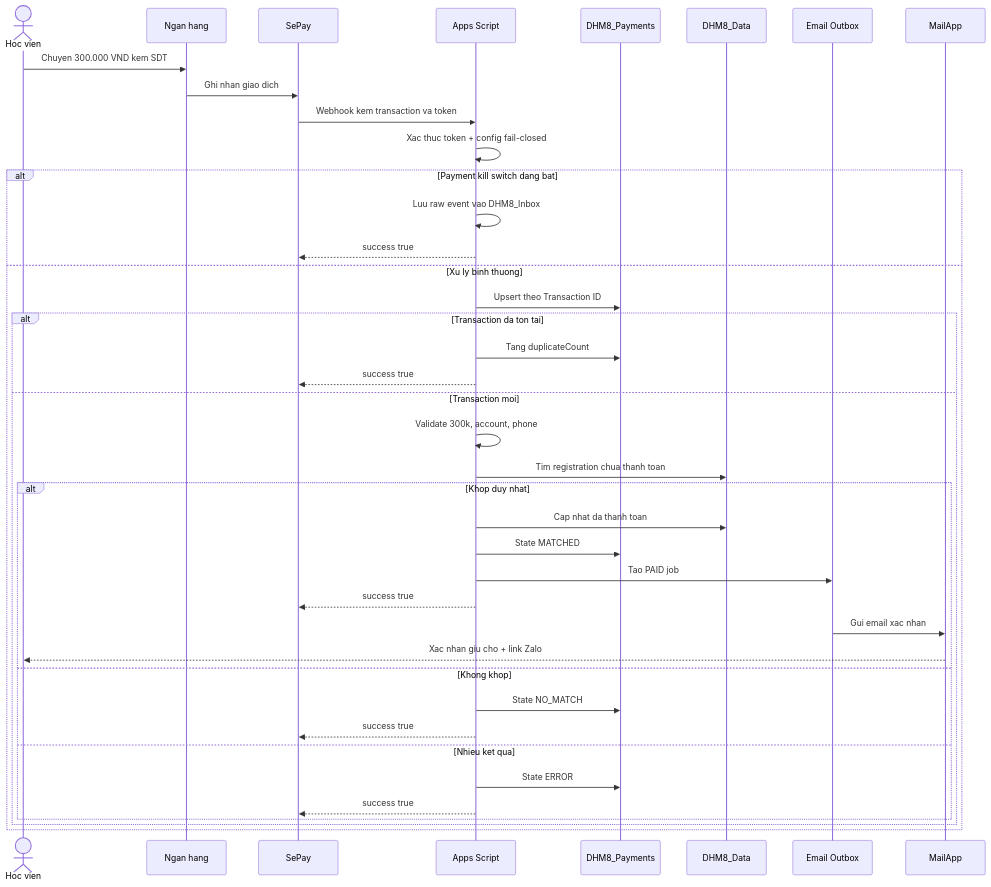
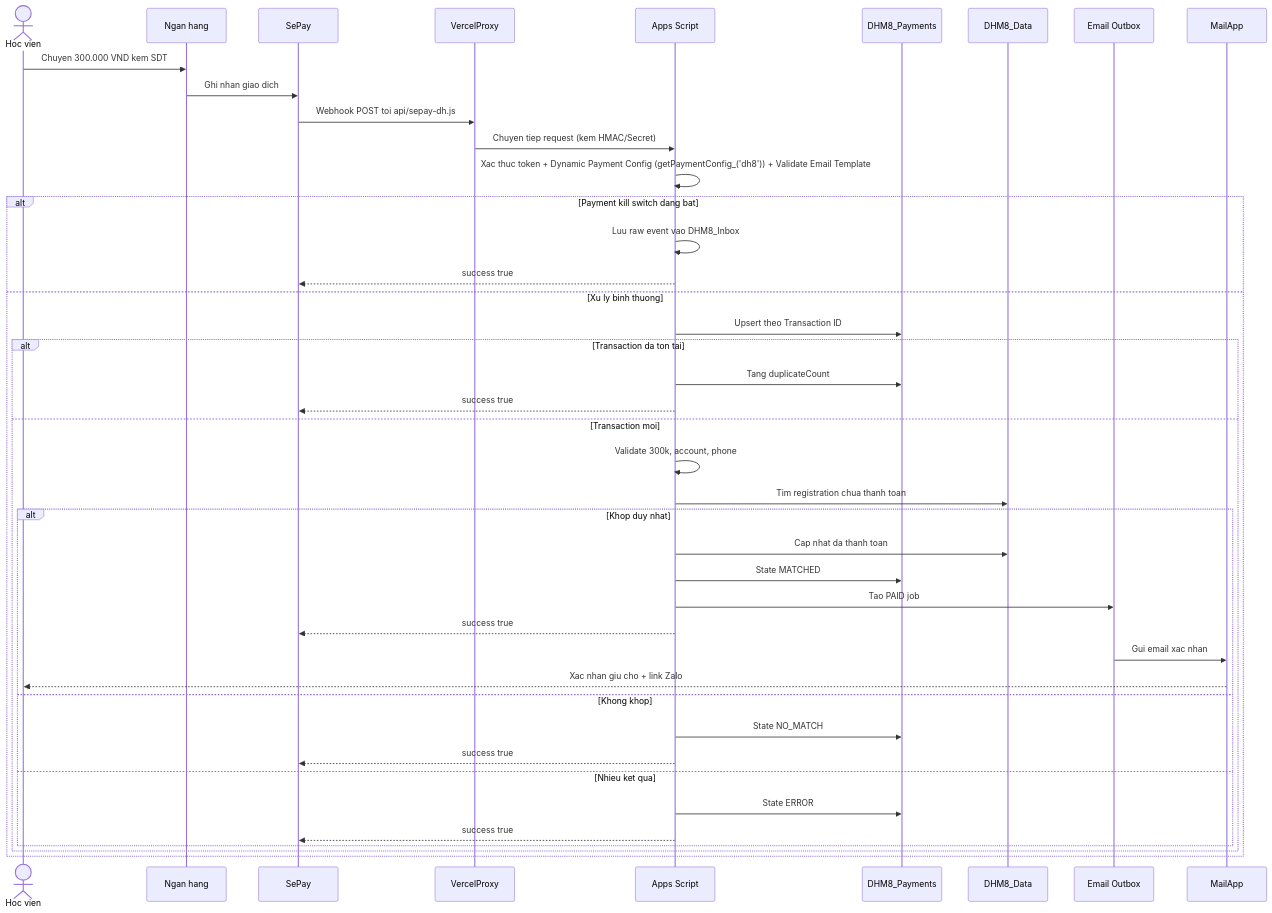
Before and after one commit to culturecodefeedforward/DeliveringHappiness: the third of 5 diagrams in docs/DHM8_REGISTRATION_PAYMENT_WORKFLOW.md, drawn with Mermaid. The commit also changed other lines of this file and 17 other files, not shown here.

````diff
--- a/docs/DHM8_REGISTRATION_PAYMENT_WORKFLOW.md
+++ b/docs/DHM8_REGISTRATION_PAYMENT_WORKFLOW.md
@@ -110,46 +112,48 @@
 ```mermaid
 sequenceDiagram
     actor HV as Hoc vien
     participant BANK as Ngan hang
     participant SEP as SePay
+    participant VercelProxy as VercelProxy
     participant GAS as Apps Script
     participant PAY as DHM8_Payments
     participant DATA as DHM8_Data
     participant OUT as Email Outbox
     participant MAIL as MailApp
 
     HV->>BANK: Chuyen 300.000 VND kem SDT
     BANK->>SEP: Ghi nhan giao dich
-    SEP->>GAS: Webhook kem transaction va token
-    GAS->>GAS: Xac thuc token + config fail-closed
+    SEP->>VercelProxy: Webhook POST toi api/sepay-dh.js
+    VercelProxy->>GAS: Chuyen tiep request (kem HMAC/Secret)
+    GAS->>GAS: Xac thuc token + Dynamic Payment Config (getPaymentConfig_('dh8')) + Validate Email Template
 
     alt Payment kill switch dang bat
         GAS->>GAS: Luu raw event vao DHM8_Inbox
         GAS-->>SEP: success true
     else Xu ly binh thuong
         GAS->>PAY: Upsert theo Transaction ID
 
         alt Transaction da ton tai
             GAS->>PAY: Tang duplicateCount
             GAS-->>SEP: success true
         else Transaction moi
             GAS->>GAS: Validate 300k, account, phone
             GAS->>DATA: Tim registration chua thanh toan
 
             alt Khop duy nhat
                 GAS->>DATA: Cap nhat da thanh toan
                 GAS->>PAY: State MATCHED
                 GAS->>OUT: Tao PAID job
                 GAS-->>SEP: success true
                 OUT->>MAIL: Gui email xac nhan
                 MAIL-->>HV: Xac nhan giu cho + link Zalo
             else Khong khop
                 GAS->>PAY: State NO_MATCH
                 GAS-->>SEP: success true
             else Nhieu ket qua
                 GAS->>PAY: State ERROR
                 GAS-->>SEP: success true
             end
         end
     end
 ```
````
